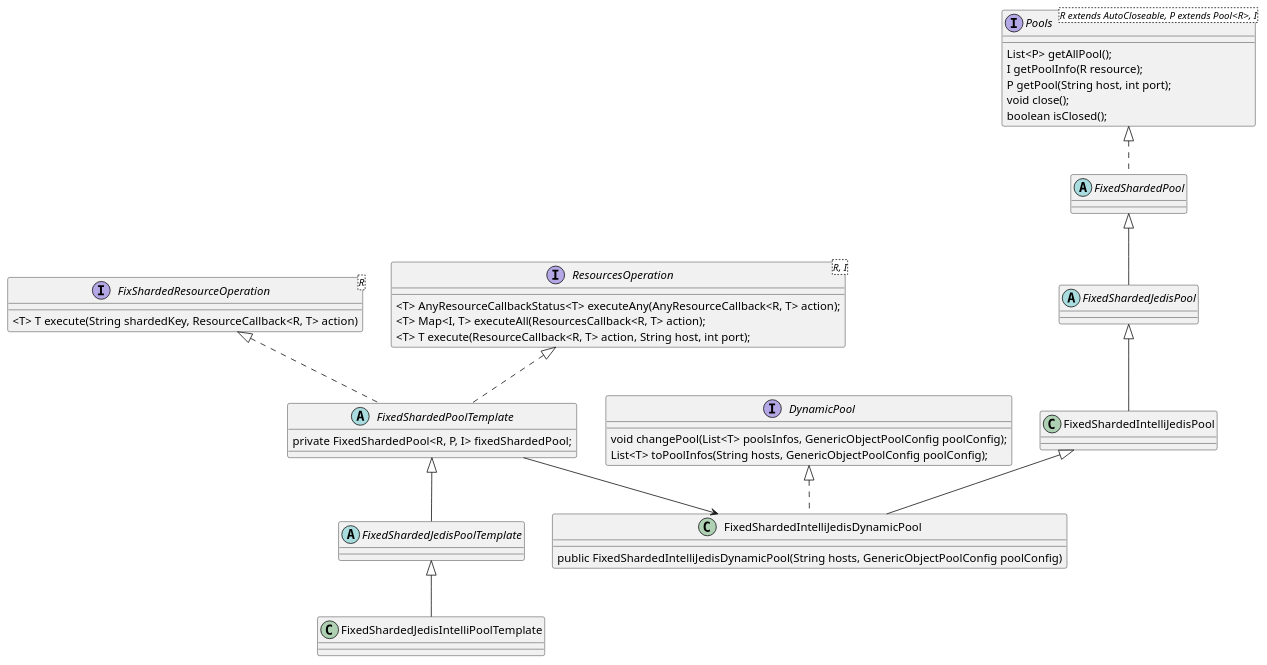
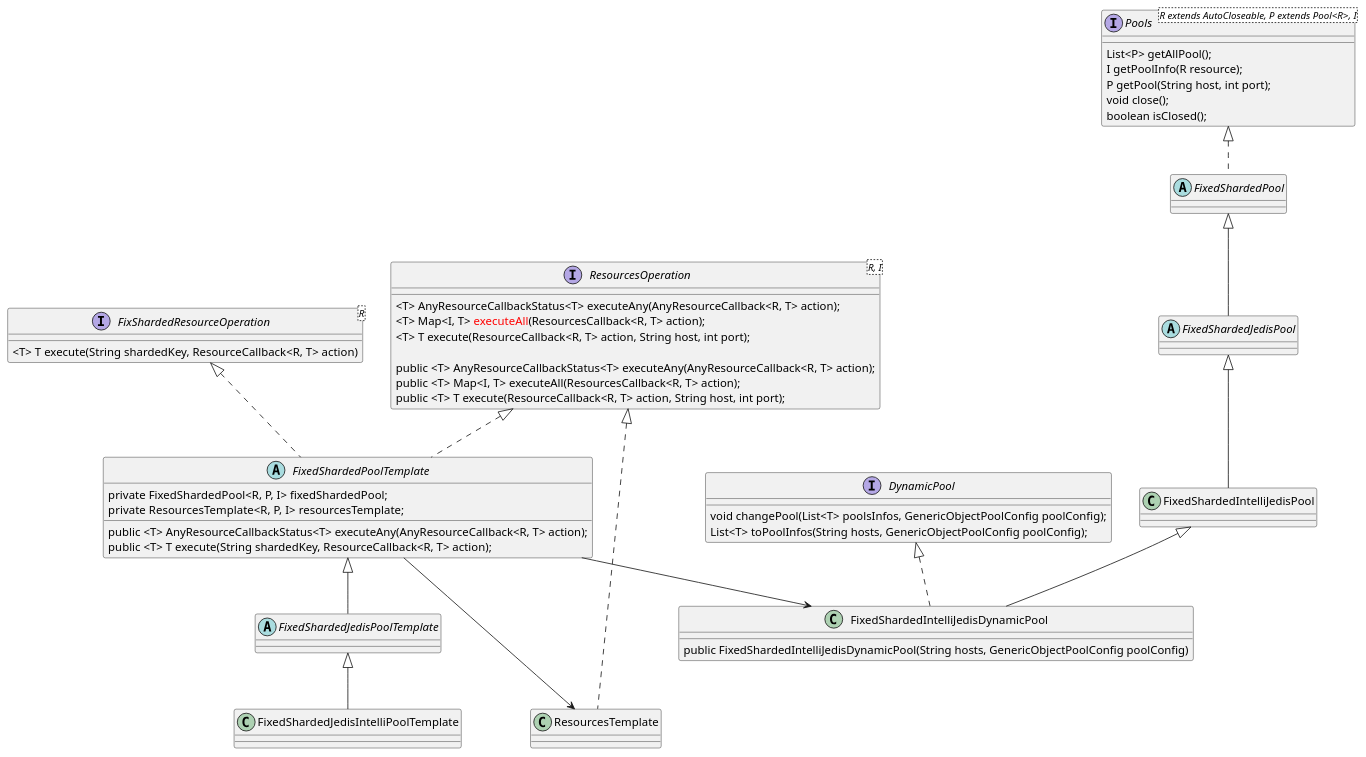
The diagram in uml/inventory/rush/redispool.puml (newbigTech/myDesignPattern), drawn with PlantUML before and after one commit.

Commit message:
uml图

```diff
--- a/uml/inventory/rush/redispool.puml
+++ b/uml/inventory/rush/redispool.puml
@@ -1,70 +1,87 @@
 @startuml
 
 interface FixShardedResourceOperation<R> {
     <T> T execute(String shardedKey, ResourceCallback<R, T> action)
 }
 
 interface ResourcesOperation<R, I> {
     <T> AnyResourceCallbackStatus<T> executeAny(AnyResourceCallback<R, T> action);
-    <T> Map<I, T> executeAll(ResourcesCallback<R, T> action);
+    <T> Map<I, T> <font color=red>executeAll</font>(ResourcesCallback<R, T> action);
     <T> T execute(ResourceCallback<R, T> action, String host, int port);
 
 }
 
 abstract FixedShardedPoolTemplate{
     private FixedShardedPool<R, P, I> fixedShardedPool;
+    private ResourcesTemplate<R, P, I> resourcesTemplate;
+    public <T> AnyResourceCallbackStatus<T> executeAny(AnyResourceCallback<R, T> action);
+    public <T> T execute(String shardedKey, ResourceCallback<R, T> action);
 }
 
 
 abstract FixedShardedJedisPoolTemplate{
 
 }
 
 class FixedShardedJedisIntelliPoolTemplate {
 
 }
 
 
 interface DynamicPool {
     void changePool(List<T> poolsInfos, GenericObjectPoolConfig poolConfig);
     List<T> toPoolInfos(String hosts, GenericObjectPoolConfig poolConfig);
 }
 
 interface Pools <R extends AutoCloseable, P extends Pool<R>, I>{
     List<P> getAllPool();
     I getPoolInfo(R resource);
     P getPool(String host, int port);
     void close();
     boolean isClosed();
 }
 
 abstract class FixedShardedPool{
 
 }
 Pools <|..FixedShardedPool
 abstract class FixedShardedJedisPool{
 
 }
 
 class FixedShardedIntelliJedisPool {
 }
 FixedShardedPool<|--FixedShardedJedisPool
 
 
 class FixedShardedIntelliJedisDynamicPool {
     public FixedShardedIntelliJedisDynamicPool(String hosts, GenericObjectPoolConfig poolConfig)
 }
 
+interface ResourcesOperation<R, I> {
+    public <T> AnyResourceCallbackStatus<T> executeAny(AnyResourceCallback<R, T> action);
+    public <T> Map<I, T> executeAll(ResourcesCallback<R, T> action);
+    public <T> T execute(ResourceCallback<R, T> action, String host, int port);
+}
+
+class ResourcesTemplate{
+
+}
+
+ResourcesOperation <|.. ResourcesTemplate
+
 FixShardedResourceOperation <|..FixedShardedPoolTemplate
 ResourcesOperation <|..FixedShardedPoolTemplate
 
 FixedShardedPoolTemplate<|--FixedShardedJedisPoolTemplate
 
 FixedShardedJedisPoolTemplate<|--FixedShardedJedisIntelliPoolTemplate
 
 FixedShardedPoolTemplate --> FixedShardedIntelliJedisDynamicPool
 FixedShardedJedisPool<|--FixedShardedIntelliJedisPool
 FixedShardedIntelliJedisPool<|--FixedShardedIntelliJedisDynamicPool
 DynamicPool<|..FixedShardedIntelliJedisDynamicPool
 
+FixedShardedPoolTemplate --->ResourcesTemplate
+
 @enduml
```
